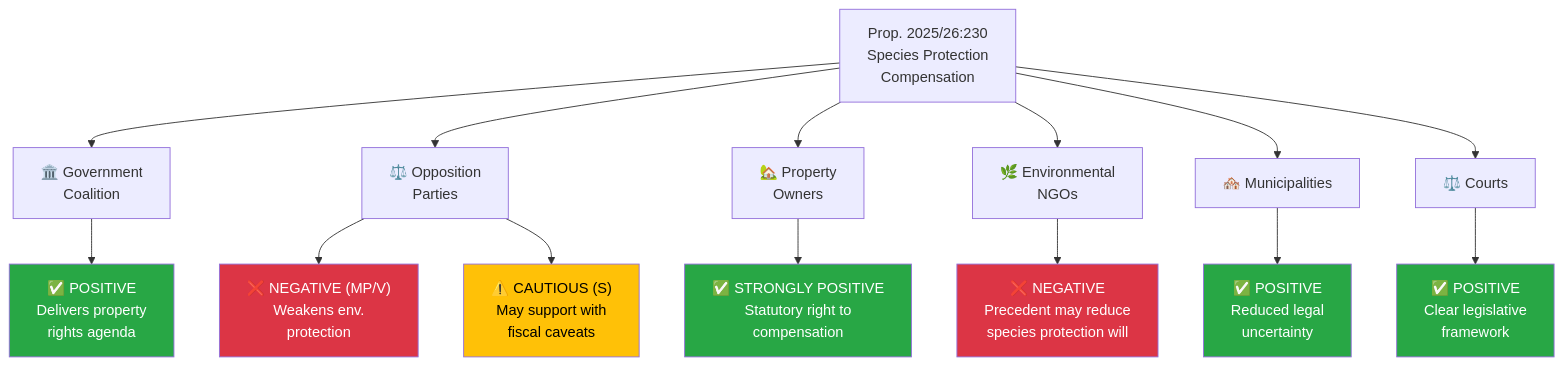
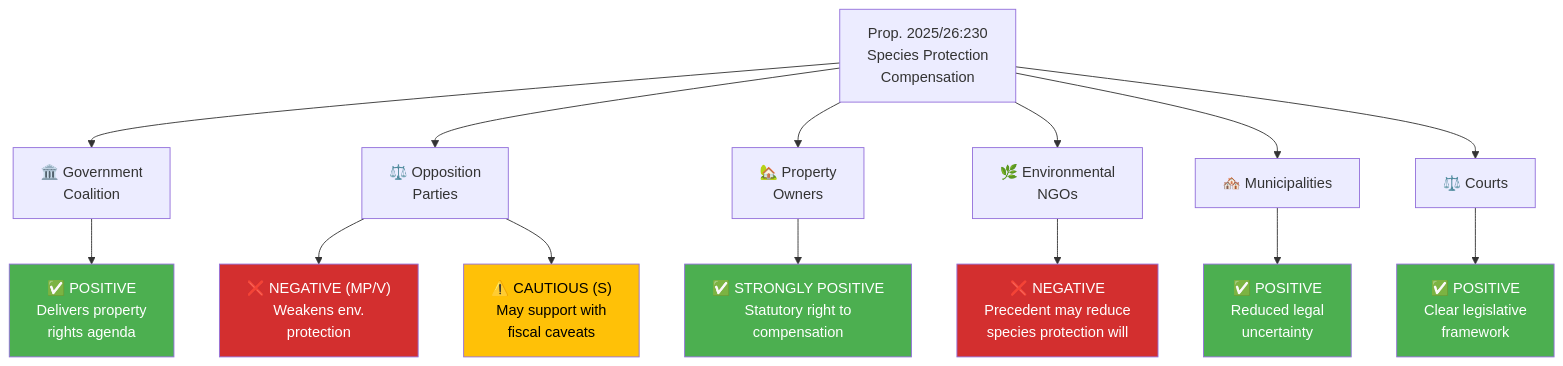
Before and after one commit to Hack23/riksdagsmonitor: the diagram in analysis/daily/2026-04-09/propositions/stakeholder-perspectives.md, drawn with Mermaid. The commit also changed 785 other files, not shown here.

First line of the commit message:
Normalize mermaid colors across 786 analysis artifacts to ISMS Style Guide palette

````diff
--- a/analysis/daily/2026-04-09/propositions/stakeholder-perspectives.md
+++ b/analysis/daily/2026-04-09/propositions/stakeholder-perspectives.md
@@ -15,23 +15,23 @@
 ```mermaid
 graph TD
     A["Prop. 2025/26:230<br/>Species Protection<br/>Compensation"] --> B["🏛️ Government<br/>Coalition"]
     A --> C["⚖️ Opposition<br/>Parties"]
     A --> D["🏡 Property<br/>Owners"]
     A --> E["🌿 Environmental<br/>NGOs"]
     A --> F["🏘️ Municipalities"]
     A --> G["⚖️ Courts"]
     B --> B1["✅ POSITIVE<br/>Delivers property<br/>rights agenda"]
     C --> C1["❌ NEGATIVE (MP/V)<br/>Weakens env.<br/>protection"]
     C --> C2["⚠️ CAUTIOUS (S)<br/>May support with<br/>fiscal caveats"]
     D --> D1["✅ STRONGLY POSITIVE<br/>Statutory right to<br/>compensation"]
     E --> E1["❌ NEGATIVE<br/>Precedent may reduce<br/>species protection will"]
     F --> F1["✅ POSITIVE<br/>Reduced legal<br/>uncertainty"]
     G --> G1["✅ POSITIVE<br/>Clear legislative<br/>framework"]
-    style B1 fill:#28a745,color:#fff
-    style C1 fill:#dc3545,color:#fff
-    style C2 fill:#ffc107,color:#000
-    style D1 fill:#28a745,color:#fff
-    style E1 fill:#dc3545,color:#fff
-    style F1 fill:#28a745,color:#fff
-    style G1 fill:#28a745,color:#fff
+    style B1 fill:#4CAF50,color:#FFFFFF
+    style C1 fill:#D32F2F,color:#FFFFFF
+    style C2 fill:#FFC107,color:#000000
+    style D1 fill:#4CAF50,color:#FFFFFF
+    style E1 fill:#D32F2F,color:#FFFFFF
+    style F1 fill:#4CAF50,color:#FFFFFF
+    style G1 fill:#4CAF50,color:#FFFFFF
 ```
````
